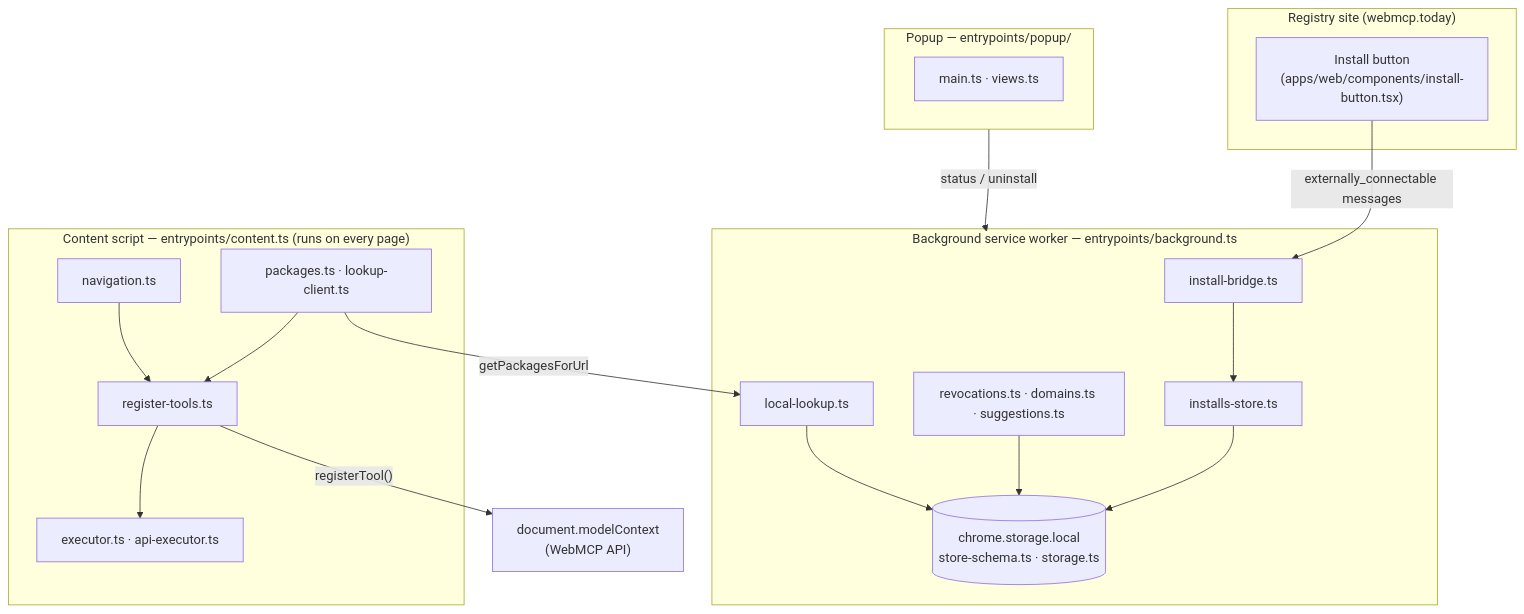
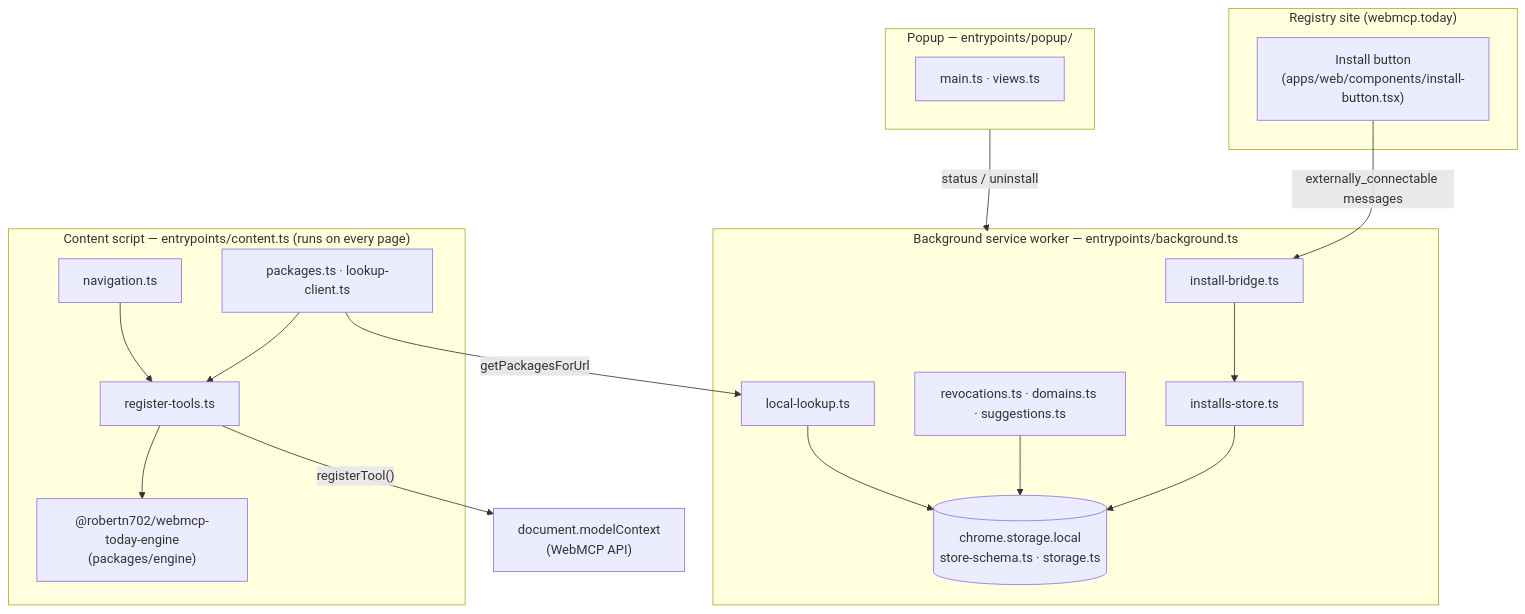
Before and after one commit to robertn702/webmcp-today: the first of 5 diagrams in apps/extension/ARCHITECTURE.md, drawn with Mermaid. The commit also changed other lines of this file and 25 other files, not shown here.

First line of the commit message:
refactor: extract API execution engine into packages/engine (MIT)

````diff
--- a/apps/extension/ARCHITECTURE.md
+++ b/apps/extension/ARCHITECTURE.md
@@ -15,36 +15,36 @@
 ```mermaid
 flowchart TB
     subgraph Site["Registry site (webmcp.today)"]
         UI["Install button<br/>(apps/web/components/install-button.tsx)"]
     end
 
     subgraph BG["Background service worker — entrypoints/background.ts"]
         BRIDGE["install-bridge.ts"]
         LOOKUP["local-lookup.ts"]
         POLLS["revocations.ts · domains.ts · suggestions.ts"]
         STORE["installs-store.ts"]
         ST[("chrome.storage.local<br/>store-schema.ts · storage.ts")]
         BRIDGE --> STORE --> ST
         POLLS --> ST
         LOOKUP --> ST
     end
 
     subgraph CS["Content script — entrypoints/content.ts (runs on every page)"]
         PKG["packages.ts · lookup-client.ts"]
         REG["register-tools.ts"]
         NAV["navigation.ts"]
-        EXEC["executor.ts · api-executor.ts"]
+        EXEC["@robertn702/webmcp-today-engine<br/>(packages/engine)"]
         PKG --> REG
         NAV --> REG
         REG --> EXEC
     end
 
     subgraph POP["Popup — entrypoints/popup/"]
         VIEWS["main.ts · views.ts"]
     end
 
     UI -- "externally_connectable messages" --> BRIDGE
     PKG -- "getPackagesForUrl" --> LOOKUP
     POP -- "status / uninstall" --> BG
     REG -- "registerTool()" --> MC["document.modelContext<br/>(WebMCP API)"]
 ```
````
